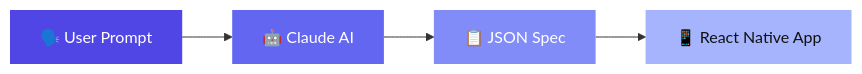
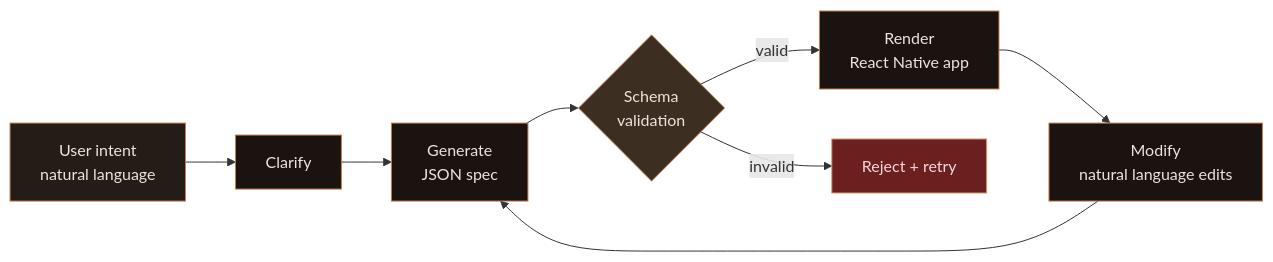
The diagram in docs/docs/intro.md (wartelth/baristapp), drawn with Mermaid before and after one commit. The commit also changed other lines of this file and 304 other files, not shown here.

````diff
--- a/docs/docs/intro.md
+++ b/docs/docs/intro.md
@@ -11,10 +11,18 @@
 ```mermaid
-graph LR
-    A["🗣️ User Prompt"] --> B["🤖 Claude AI"]
-    B --> C["📋 JSON Spec"]
-    C --> D["📱 React Native App"]
-    style A fill:#4f46e5,color:#fff,stroke:none
-    style B fill:#6366f1,color:#fff,stroke:none
-    style C fill:#818cf8,color:#fff,stroke:none
-    style D fill:#a5b4fc,color:#111,stroke:none
+flowchart LR
+    U["User intent<br/>natural language"] --> C["Clarify"]
+    C --> G["Generate<br/>JSON spec"]
+    G --> V{"Schema<br/>validation"}
+    V -->|valid| R["Render<br/>React Native app"]
+    V -->|invalid| F["Reject + retry"]
+    R --> M["Modify<br/>natural language edits"]
+    M --> G
+
+    style U fill:#241c16,color:#ede5dc,stroke:#c67c4e
+    style C fill:#1a1310,color:#ede5dc,stroke:#c67c4e
+    style G fill:#1a1310,color:#ede5dc,stroke:#c67c4e
+    style V fill:#3d2e22,color:#ede5dc,stroke:#d4956a
+    style R fill:#1a1310,color:#ede5dc,stroke:#c67c4e
+    style F fill:#6b1f1f,color:#f8d7da,stroke:#d4956a
+    style M fill:#1a1310,color:#ede5dc,stroke:#c67c4e
 ```
````
